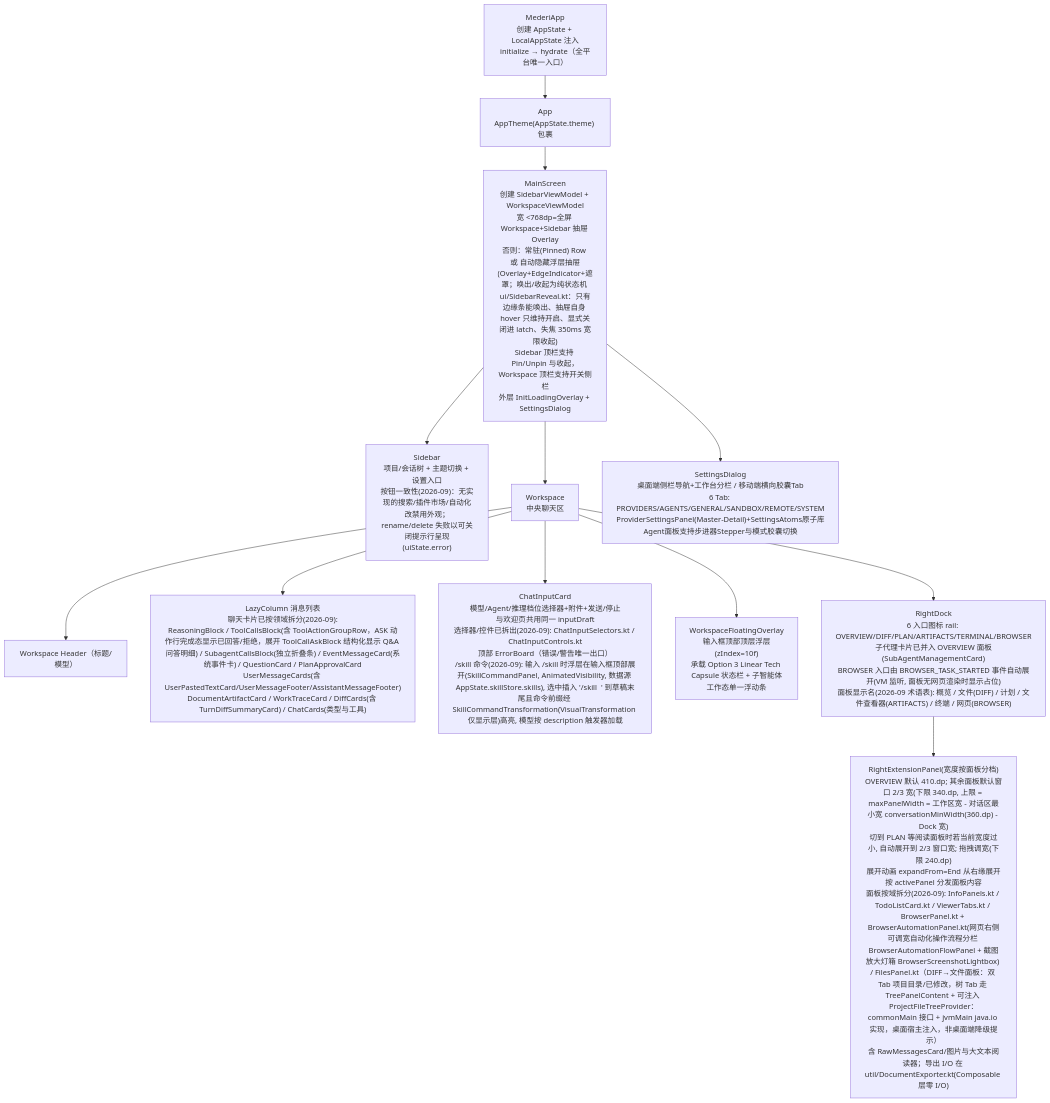
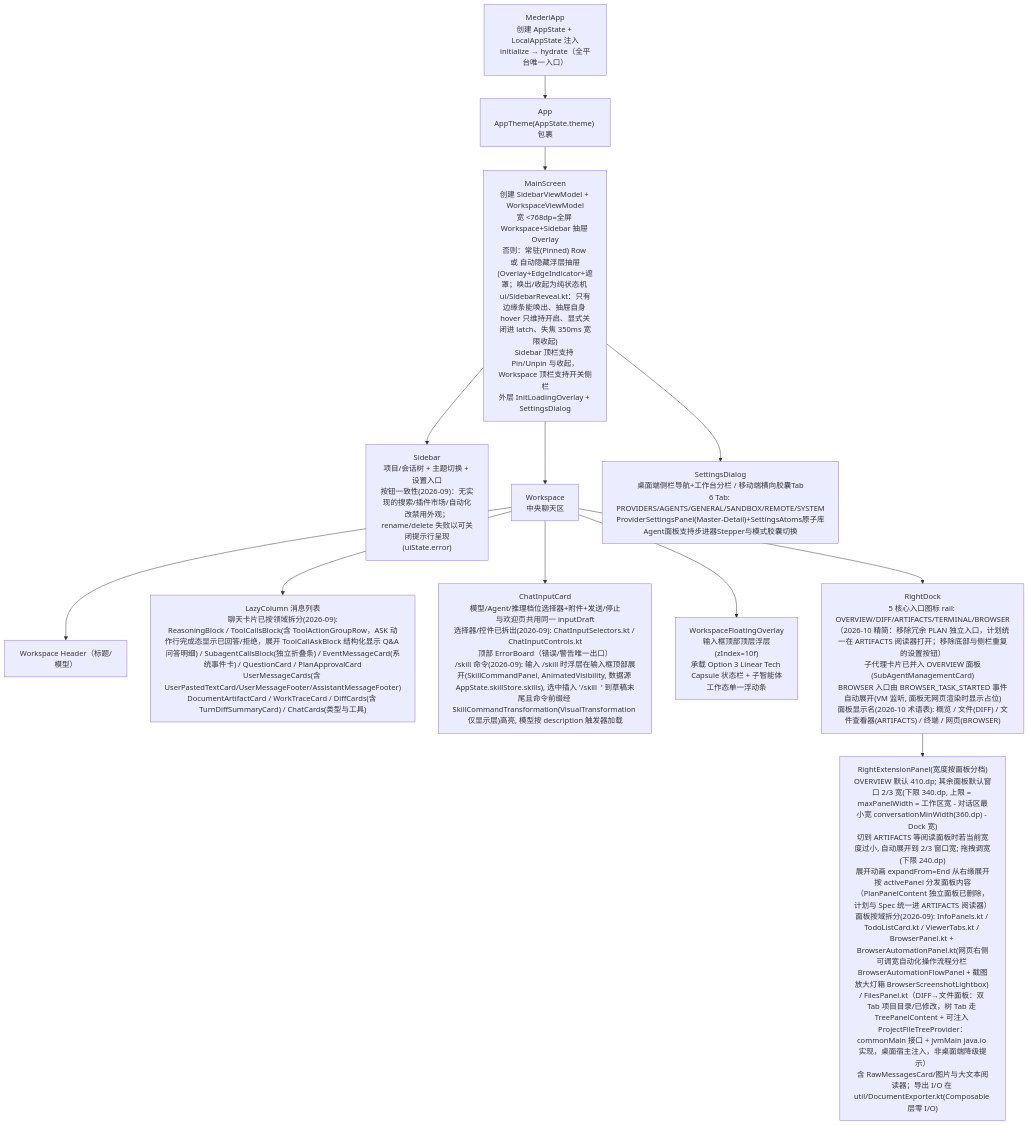
Before and after one commit to lzdev42/mederi: the third of 4 diagrams in docs/architecture/02-app-shared.md, drawn with Mermaid. The commit also changed other lines of this file and 17 other files, not shown here.

````diff
--- a/docs/architecture/02-app-shared.md
+++ b/docs/architecture/02-app-shared.md
@@ -448,24 +453,24 @@
 ```mermaid
 flowchart TD
     MA["MederiApp<br/>创建 AppState + LocalAppState 注入<br/>initialize → hydrate（全平台唯一入口）"]
     APP["App<br/>AppTheme(AppState.theme) 包裹"]
     MS["MainScreen<br/>创建 SidebarViewModel + WorkspaceViewModel<br/>宽 <768dp=全屏 Workspace+Sidebar 抽屉 Overlay<br/>否则：常驻(Pinned) Row 或 自动隐藏浮层抽屉(Overlay+EdgeIndicator+遮罩；唤出/收起为纯状态机 ui/SidebarReveal.kt：只有边缘条能唤出、抽屉自身 hover 只维持开启、显式关闭进 latch、失焦 350ms 宽限收起)<br/>Sidebar 顶栏支持 Pin/Unpin 与收起，Workspace 顶栏支持开关侧栏<br/>外层 InitLoadingOverlay + SettingsDialog"]
     SB["Sidebar<br/>项目/会话树 + 主题切换 + 设置入口<br/>按钮一致性(2026-09)：无实现的搜索/插件市场/自动化改禁用外观；rename/delete 失败以可关闭提示行呈现(uiState.error)"]
     WS["Workspace<br/>中央聊天区"]
     HDR["Workspace Header（标题/模型）"]
     LIST["LazyColumn 消息列表<br/>聊天卡片已按领域拆分(2026-09):<br/>ReasoningBlock / ToolCallsBlock(含 ToolActionGroupRow，ASK 动作行完成态显示已回答/拒绝，展开 ToolCallAskBlock 结构化显示 Q&A 问答明细) / SubagentCallsBlock(独立折叠条) / EventMessageCard(系统事件卡) / QuestionCard / PlanApprovalCard<br/>UserMessageCards(含 UserPastedTextCard/UserMessageFooter/AssistantMessageFooter)<br/>DocumentArtifactCard / WorkTraceCard / DiffCards(含 TurnDiffSummaryCard) / ChatCards(类型与工具)"]
     INPUT["ChatInputCard<br/>模型/Agent/推理档位选择器+附件+发送/停止<br/>与欢迎页共用同一 inputDraft<br/>选择器/控件已拆出(2026-09): ChatInputSelectors.kt / ChatInputControls.kt<br/>顶部 ErrorBoard（错误/警告唯一出口）<br/>/skill 命令(2026-09): 输入 /skill 时浮层在输入框顶部展开(SkillCommandPanel, AnimatedVisibility, 数据源 AppState.skillStore.skills), 选中插入 '/skill <name> ' 到草稿末尾且命令前缀经 SkillCommandTransformation(VisualTransformation 仅显示层)高亮, 模型按 description 触发器加载"]
     WFO["WorkspaceFloatingOverlay<br/>输入框顶部顶层浮层(zIndex=10f)<br/>承载 Option 3 Linear Tech Capsule 状态栏 + 子智能体工作态单一浮动条"]
-    DOCK["RightDock<br/>6 入口图标 rail: OVERVIEW/DIFF/PLAN/ARTIFACTS/TERMINAL/BROWSER<br/>子代理卡片已并入 OVERVIEW 面板(SubAgentManagementCard)<br/>BROWSER 入口由 BROWSER_TASK_STARTED 事件自动展开(VM 监听, 面板无网页渲染时显示占位)<br/>面板显示名(2026-09 术语表): 概览 / 文件(DIFF) / 计划 / 文件查看器(ARTIFACTS) / 终端 / 网页(BROWSER)"]
-    REP["RightExtensionPanel(宽度按面板分档)<br/>OVERVIEW 默认 410.dp; 其余面板默认窗口 2/3 宽(下限 340.dp, 上限 = maxPanelWidth = 工作区宽 - 对话区最小宽 conversationMinWidth(360.dp) - Dock 宽)<br/>切到 PLAN 等阅读面板时若当前宽度过小, 自动展开到 2/3 窗口宽; 拖拽调宽(下限 240.dp)<br/>展开动画 expandFrom=End 从右缘展开<br/>按 activePanel 分发面板内容<br/>面板按域拆分(2026-09): InfoPanels.kt / TodoListCard.kt / ViewerTabs.kt / BrowserPanel.kt + BrowserAutomationPanel.kt(网页右侧可调宽自动化操作流程分栏 BrowserAutomationFlowPanel + 截图放大灯箱 BrowserScreenshotLightbox) / FilesPanel.kt（DIFF→文件面板：双 Tab 项目目录/已修改，树 Tab 走 TreePanelContent + 可注入 ProjectFileTreeProvider：commonMain 接口 + jvmMain java.io 实现，桌面宿主注入，非桌面端降级提示）<br/>含 RawMessagesCard/图片与大文本阅读器；导出 I/O 在 util/DocumentExporter.kt(Composable 层零 I/O)"]
+    DOCK["RightDock<br/>5 核心入口图标 rail: OVERVIEW/DIFF/ARTIFACTS/TERMINAL/BROWSER（2026-10 精简：移除冗余 PLAN 独立入口，计划统一在 ARTIFACTS 阅读器打开；移除底部与侧栏重复的设置按钮）<br/>子代理卡片已并入 OVERVIEW 面板(SubAgentManagementCard)<br/>BROWSER 入口由 BROWSER_TASK_STARTED 事件自动展开(VM 监听, 面板无网页渲染时显示占位)<br/>面板显示名(2026-10 术语表): 概览 / 文件(DIFF) / 文件查看器(ARTIFACTS) / 终端 / 网页(BROWSER)"]
+    REP["RightExtensionPanel(宽度按面板分档)<br/>OVERVIEW 默认 410.dp; 其余面板默认窗口 2/3 宽(下限 340.dp, 上限 = maxPanelWidth = 工作区宽 - 对话区最小宽 conversationMinWidth(360.dp) - Dock 宽)<br/>切到 ARTIFACTS 等阅读面板时若当前宽度过小, 自动展开到 2/3 窗口宽; 拖拽调宽(下限 240.dp)<br/>展开动画 expandFrom=End 从右缘展开<br/>按 activePanel 分发面板内容（PlanPanelContent 独立面板已删除，计划与 Spec 统一进 ARTIFACTS 阅读器）<br/>面板按域拆分(2026-09): InfoPanels.kt / TodoListCard.kt / ViewerTabs.kt / BrowserPanel.kt + BrowserAutomationPanel.kt(网页右侧可调宽自动化操作流程分栏 BrowserAutomationFlowPanel + 截图放大灯箱 BrowserScreenshotLightbox) / FilesPanel.kt（DIFF→文件面板：双 Tab 项目目录/已修改，树 Tab 走 TreePanelContent + 可注入 ProjectFileTreeProvider：commonMain 接口 + jvmMain java.io 实现，桌面宿主注入，非桌面端降级提示）<br/>含 RawMessagesCard/图片与大文本阅读器；导出 I/O 在 util/DocumentExporter.kt(Composable 层零 I/O)"]
     SD["SettingsDialog<br/>桌面端侧栏导航+工作台分栏 / 移动端横向胶囊Tab<br/>6 Tab: PROVIDERS/AGENTS/GENERAL/SANDBOX/REMOTE/SYSTEM<br/>ProviderSettingsPanel(Master-Detail)+SettingsAtoms原子库<br/>Agent面板支持步进器Stepper与模式胶囊切换"]
     MA --> APP --> MS
     MS --> SB
     MS --> WS
     WS --> HDR
     WS --> LIST
     WS --> WFO
     WS --> INPUT
     WS --> DOCK --> REP
     MS --> SD
 ```
````
